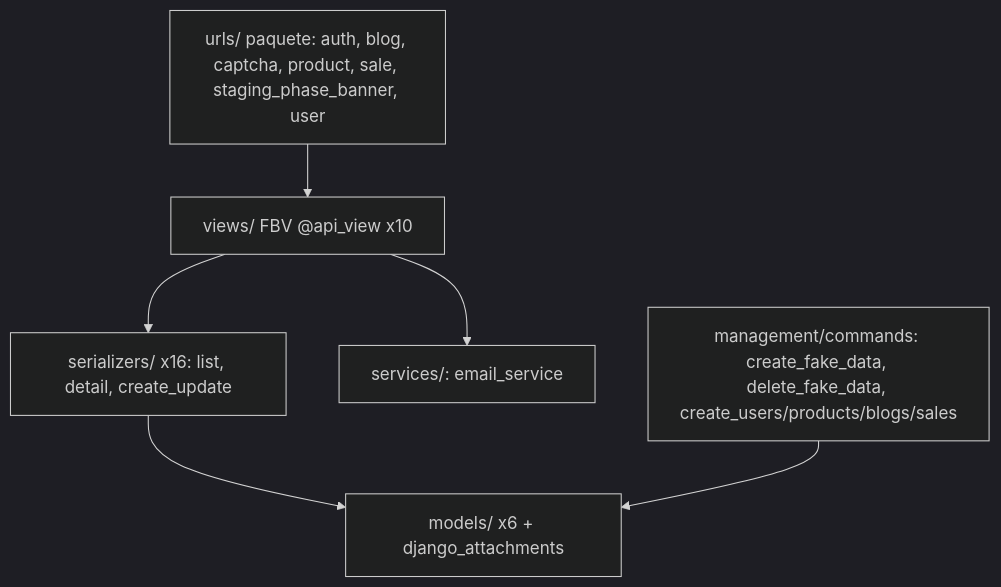
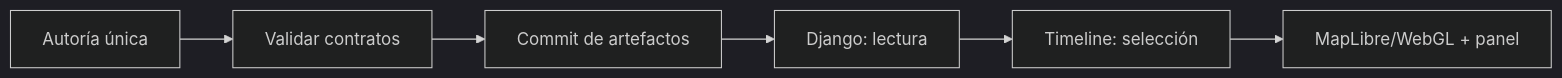
Before and after one commit to carlos18bp/aviation_weather_viewer_project: the third of 5 diagrams in docs/methodology/architecture.md, drawn with Mermaid (dark theme). The commit also changed other lines of this file and 17 other files, not shown here.

````diff
--- a/docs/methodology/architecture.md
+++ b/docs/methodology/architecture.md
@@ -58,8 +52,8 @@
 ```mermaid
-flowchart TD
-    U[urls/ paquete: auth, blog, captcha, product, sale, staging_phase_banner, user] --> V[views/ FBV @api_view x10]
-    V --> S[serializers/ x16: list, detail, create_update]
-    V --> SV[services/: email_service]
-    S --> M[models/ x6 + django_attachments]
-    C[management/commands: create_fake_data, delete_fake_data, create_users/products/blogs/sales] --> M
+flowchart LR
+    A[Autoría única] --> V[Validar contratos]
+    V --> C[Commit de artefactos]
+    C --> D[Django: lectura]
+    D --> T[Timeline: selección]
+    T --> R[MapLibre/WebGL + panel]
 ```
````
